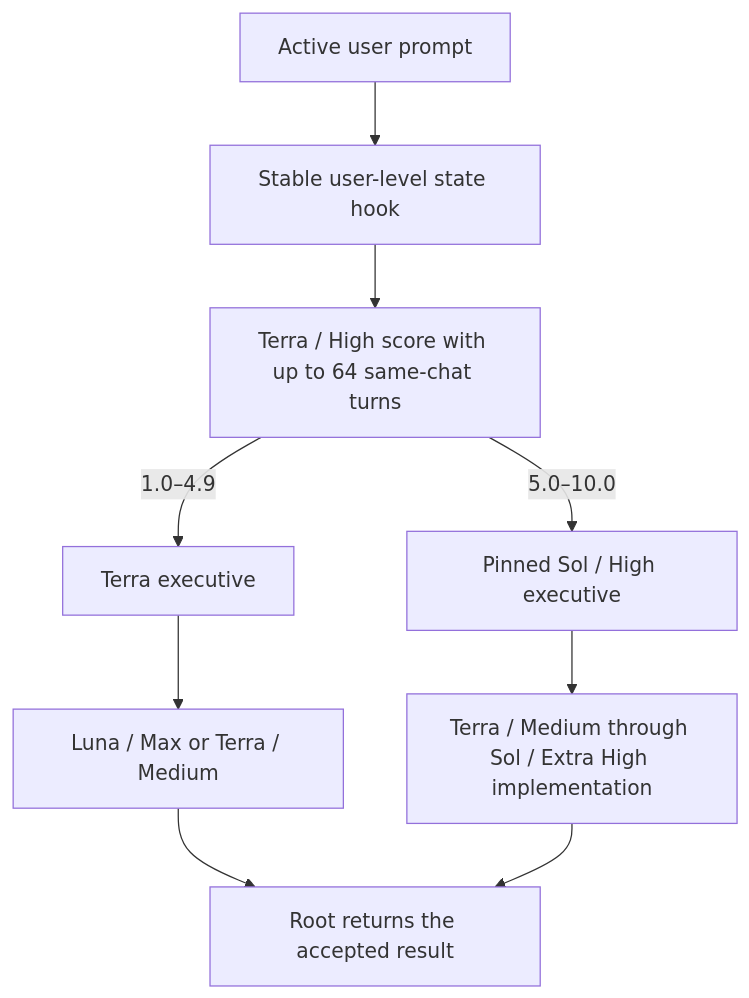
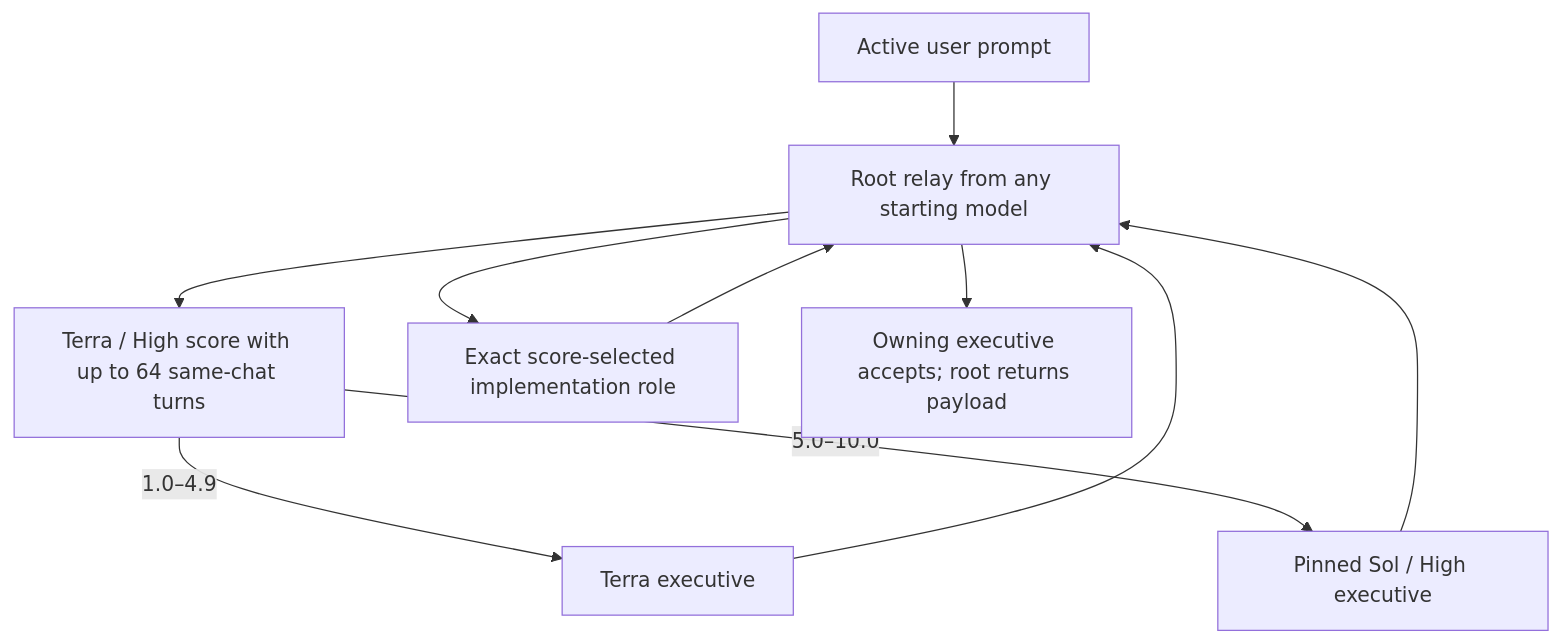
One commit to jessejaffe/codex-orchestration changed the diagram in README.md. Above: the diagram before and after it, drawn with Mermaid. The commit also changed other lines of this file and 9 other files, not shown here.

````diff
--- a/README.md
+++ b/README.md
@@ -59,11 +64,12 @@
 ```mermaid
 flowchart TD
-    U["Active user prompt"] --> H["Stable user-level state hook"]
+    U["Active user prompt"] --> H["Root relay from any starting model"]
     H --> T["Terra / High score with up to 64 same-chat turns"]
     T -->|"1.0–4.9"| L["Terra executive"]
-    L --> P1["Luna / Max or Terra / Medium"]
+    L --> H
     T -->|"5.0–10.0"| S["Pinned Sol / High executive"]
-    S --> P2["Terra / Medium through Sol / Extra High implementation"]
-    P1 --> R["Root returns the accepted result"]
-    P2 --> R
+    S --> H
+    H --> P["Exact score-selected implementation role"]
+    P --> H
+    H --> R["Owning executive accepts; root returns payload"]
 ```
````
